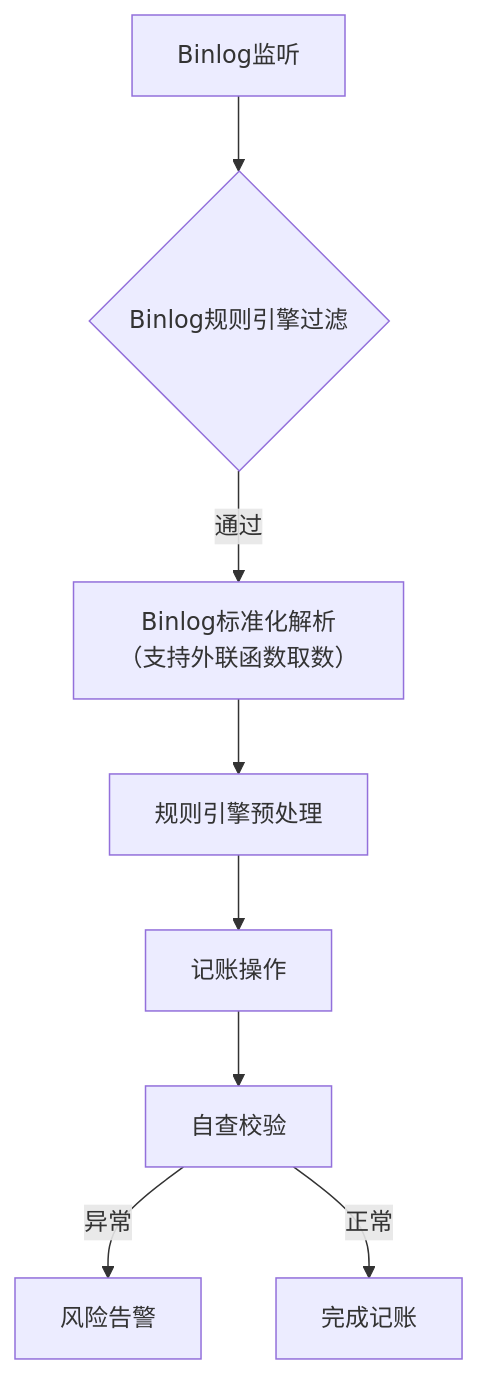
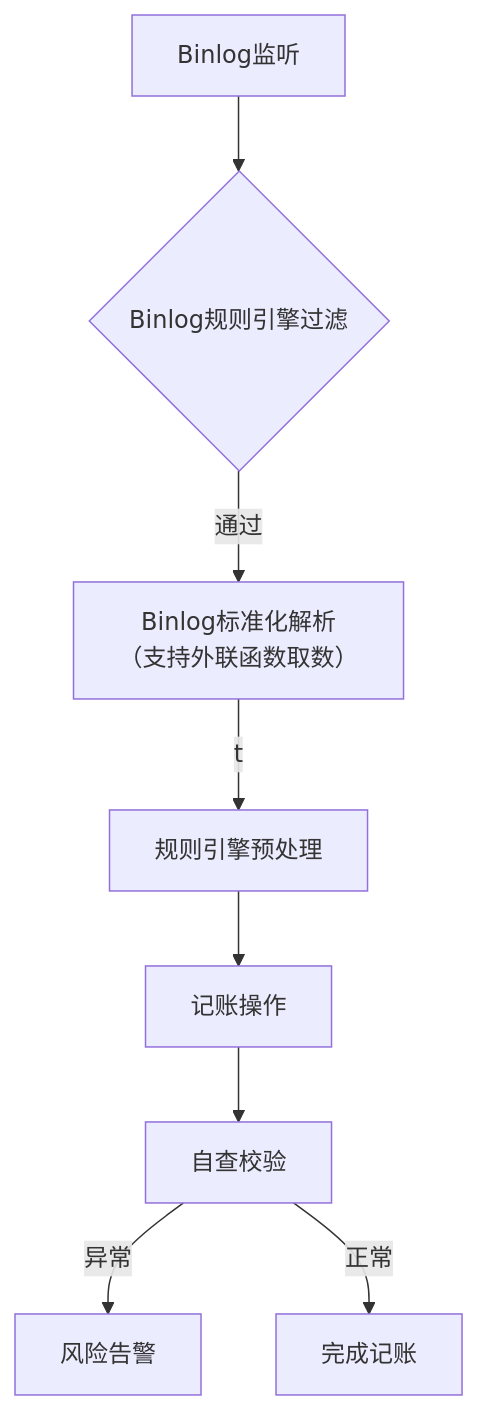
The diagram in all/架构流程.md (87828943/iodraw-files), drawn with Mermaid before and after one commit.

Commit message:
2025-07-07 10:57:04 update

````diff
--- a/all/架构流程.md
+++ b/all/架构流程.md
@@ -1,11 +1,11 @@
 ```mermaid
 graph TD
     A[Binlog监听] --> B{Binlog规则引擎过滤}
     B -->|通过| C[Binlog标准化解析
     （支持外联函数取数）]
-    C --> D[规则引擎预处理]
+    C --> |t|D[规则引擎预处理]
     D --> E[记账操作]
     E --> F[自查校验]
     F -->|异常| G[风险告警]
     F -->|正常| H[完成记账]
 ```
````
